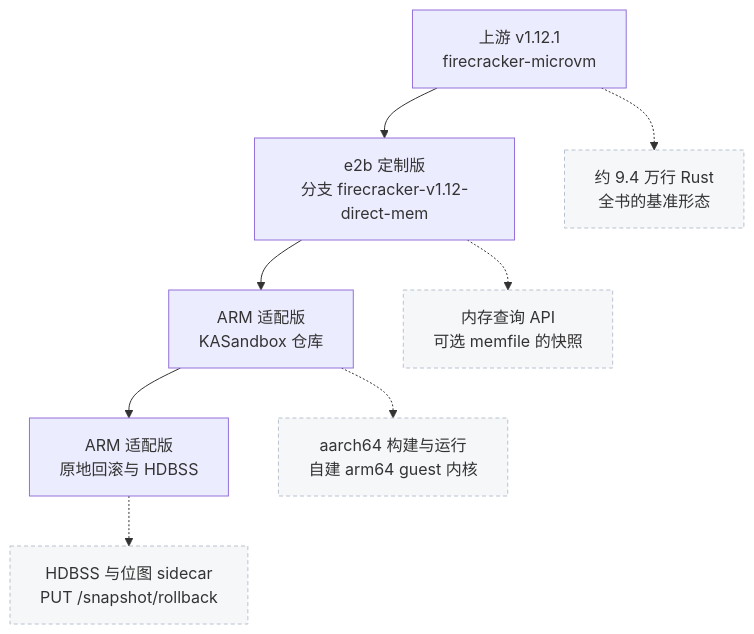
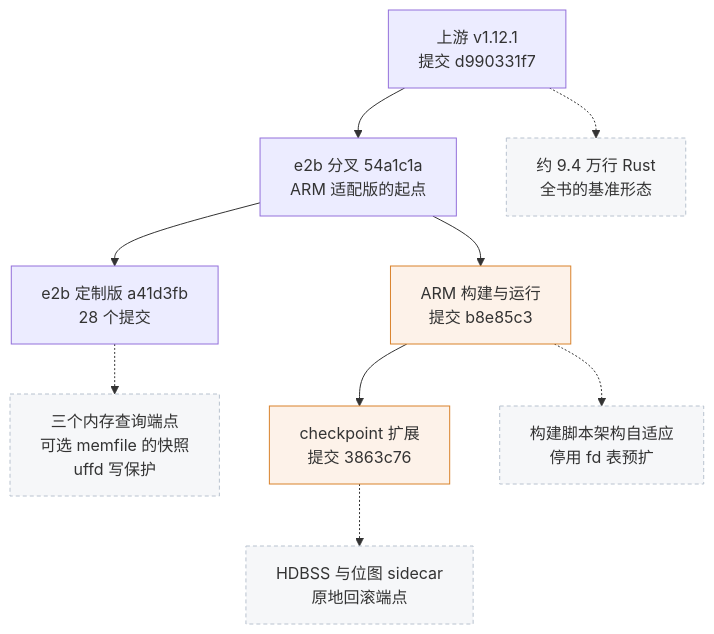
Before and after one commit to AustinJiangg/ai-books: the first of 2 diagrams in firecracker/01-lineage-and-repo-map.md, drawn with Mermaid. The commit also changed other lines of this file and 27 other files, not shown here.

````diff
--- a/firecracker/01-lineage-and-repo-map.md
+++ b/firecracker/01-lineage-and-repo-map.md
@@ -49,12 +56,15 @@
 ```mermaid
 flowchart TB
-    U["上游 v1.12.1<br/>firecracker-microvm"] --> E["e2b 定制版<br/>分支 firecracker-v1.12-direct-mem"]
-    E --> A["ARM 适配版<br/>KASandbox 仓库"]
-    A --> C["ARM 适配版<br/>原地回滚与 HDBSS"]
+    U["上游 v1.12.1<br/>提交 d990331f7"] --> M["e2b 分叉 54a1c1a<br/>ARM 适配版的起点"]
+    M --> E["e2b 定制版 a41d3fb<br/>28 个提交"]
+    M --> B["ARM 构建与运行<br/>提交 b8e85c3"]
+    B --> C["checkpoint 扩展<br/>提交 3863c76"]
     U -.-> u1["约 9.4 万行 Rust<br/>全书的基准形态"]
-    E -.-> e1["内存查询 API<br/>可选 memfile 的快照"]
-    A -.-> a1["aarch64 构建与运行<br/>自建 arm64 guest 内核"]
-    C -.-> c1["HDBSS 与位图 sidecar<br/>PUT /snapshot/rollback"]
+    E -.-> e1["三个内存查询端点<br/>可选 memfile 的快照<br/>uffd 写保护"]
+    B -.-> b1["构建脚本架构自适应<br/>停用 fd 表预扩"]
+    C -.-> c1["HDBSS 与位图 sidecar<br/>原地回滚端点"]
+    classDef arm fill:#fdf2e9,stroke:#d9822b
     classDef ext fill:#f6f7f9,stroke:#b8c2cf,stroke-dasharray:4 3
-    class u1,e1,a1,c1 ext
+    class B,C arm
+    class u1,e1,b1,c1 ext
 ```
````
